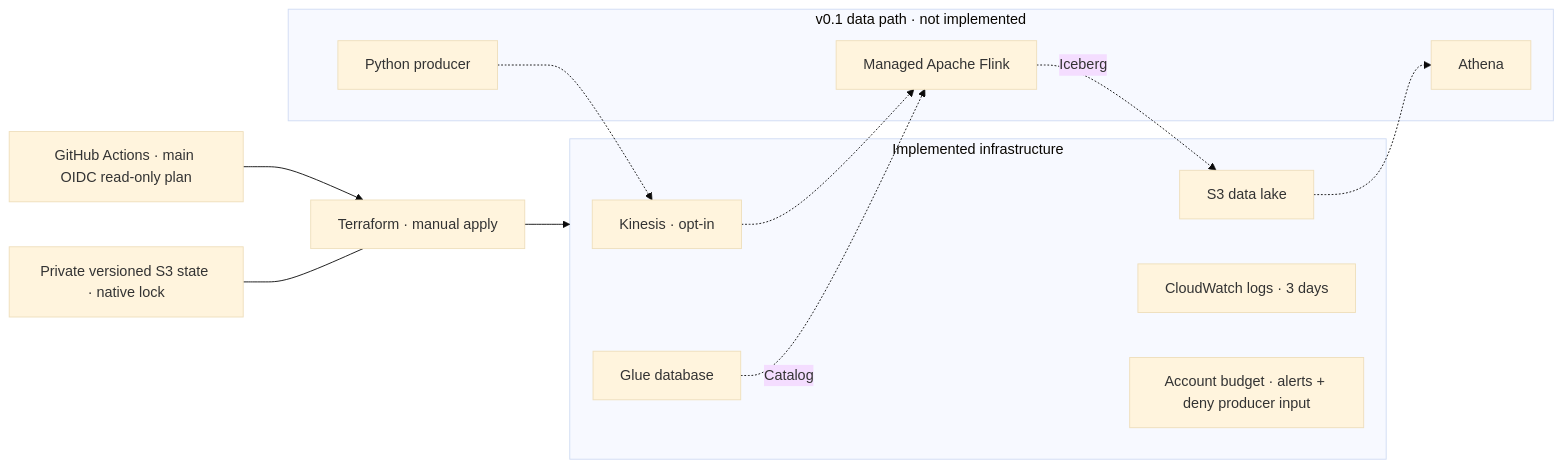
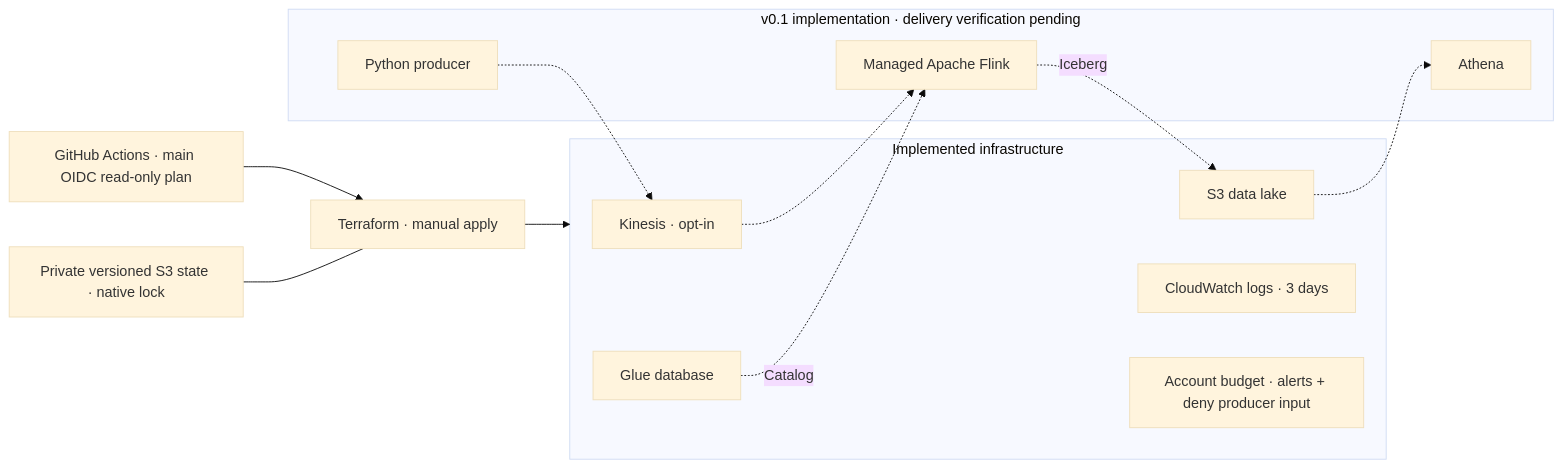
The diagram in README.md (RorschachLin123/aws-clickstream-platform), drawn with Mermaid (base theme) before and after one commit. The commit also changed other lines of this file and 8 other files, not shown here.

````diff
--- a/README.md
+++ b/README.md
@@ -7,20 +7,20 @@
 ```mermaid
 flowchart LR
   subgraph Skeleton[Implemented infrastructure]
     K[Kinesis · opt-in]
     L[S3 data lake]
     G[Glue database]
     C[CloudWatch logs · 3 days]
     B[Account budget · alerts + deny producer input]
   end
-  subgraph Planned[v0.1 data path · not implemented]
+  subgraph Pipeline[v0.1 implementation · delivery verification pending]
     P[Python producer] -.-> K
     K -.-> F[Managed Apache Flink]
     F -. Iceberg .-> L
     L -.-> A[Athena]
     G -. Catalog .-> F
   end
   T[Terraform · manual apply] --> Skeleton
   CI[GitHub Actions · main OIDC read-only plan] --> T
   S[Private versioned S3 state · native lock] --- T
 ```
````
